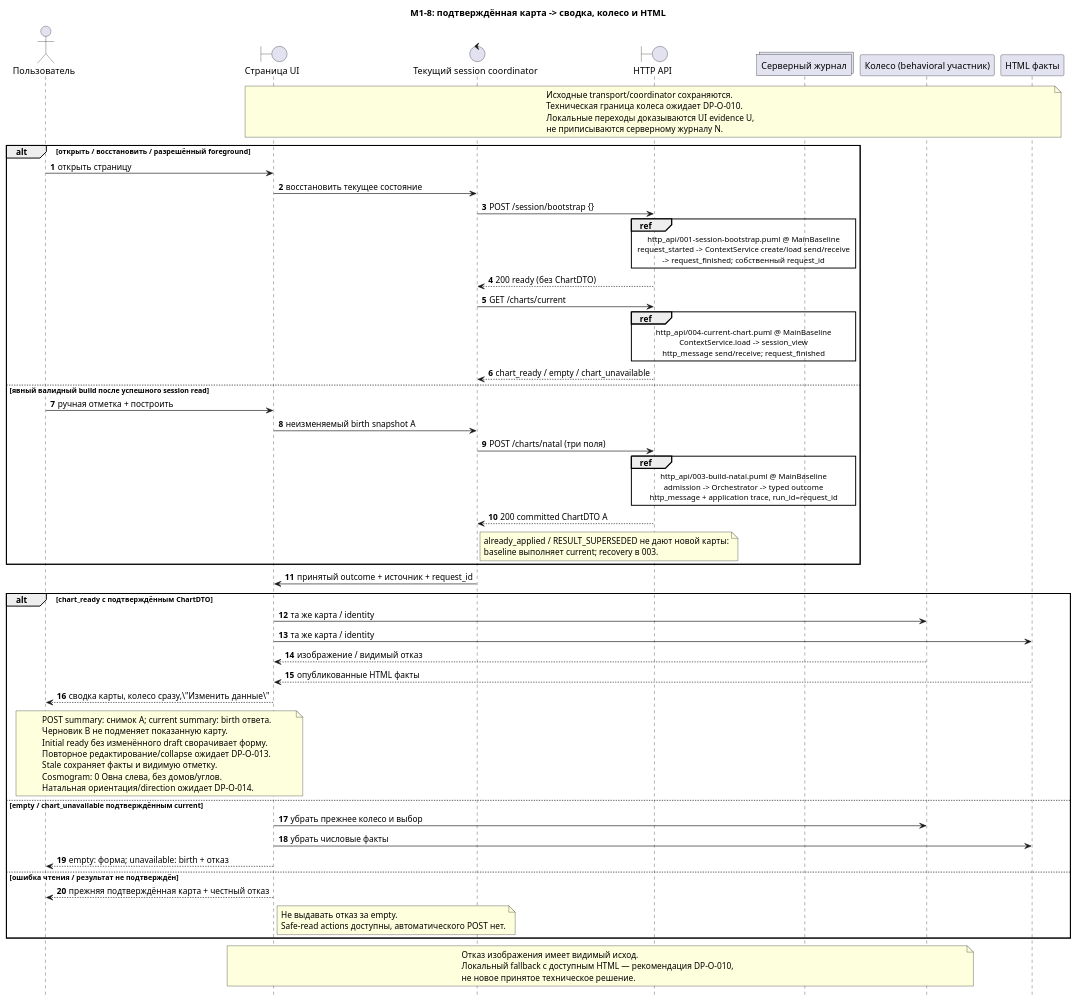
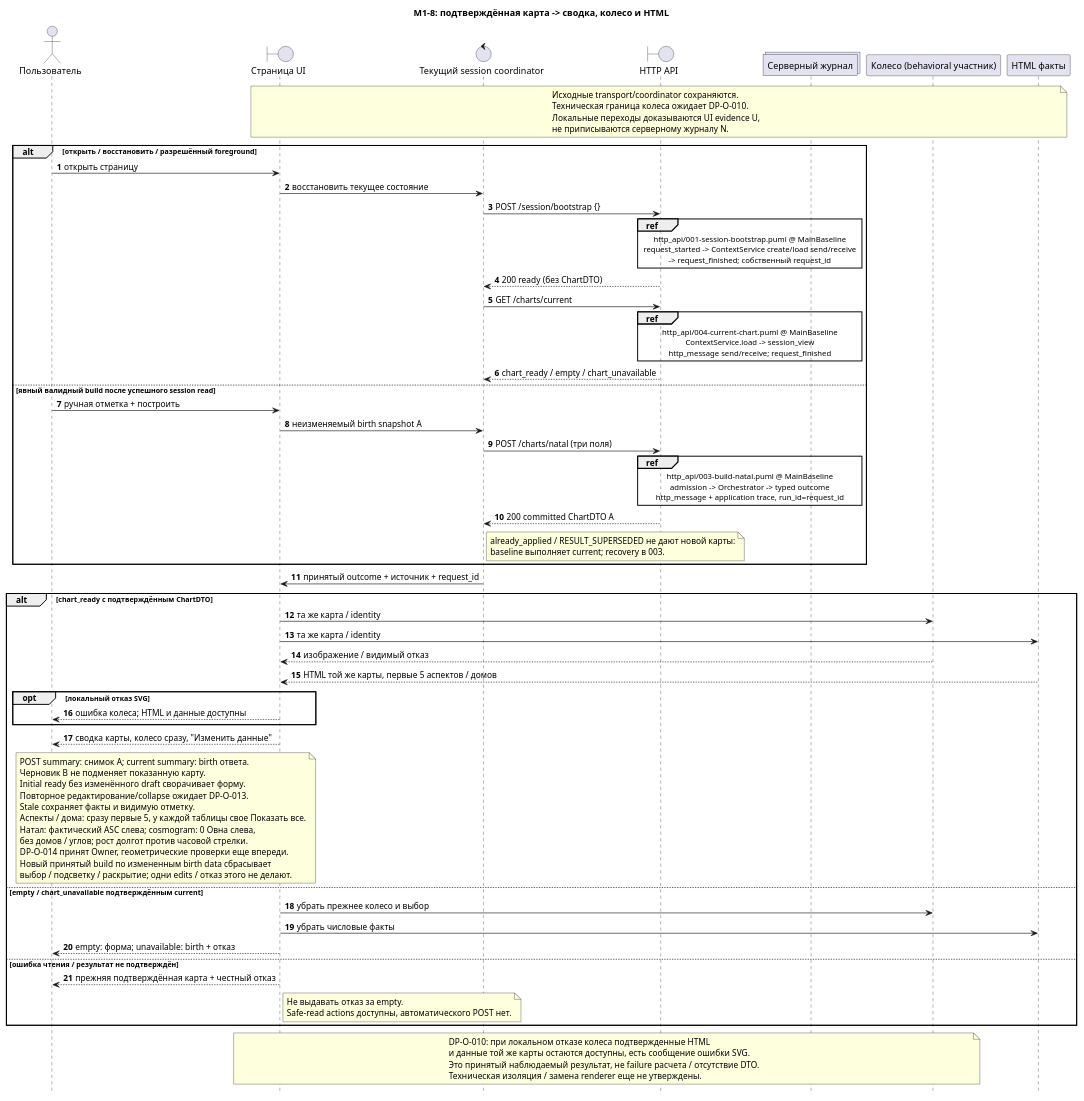
The diagram in docs/project_management/change_plans/ui-chart-wheel/analyst/sequence_diagrams/ui/001-chart-presentation.puml (ksenia-baranova/exact-orb-demo), drawn with PlantUML before and after one commit. The commit also changed 9 other files, not shown here.

```diff
--- a/docs/project_management/change_plans/ui-chart-wheel/analyst/sequence_diagrams/ui/001-chart-presentation.puml
+++ b/docs/project_management/change_plans/ui-chart-wheel/analyst/sequence_diagrams/ui/001-chart-presentation.puml
@@ -1,87 +1,95 @@
 @startuml
-' Owner: Functional Analyst. TASK-A-001; package v1.
-' InputSHA 5188b523089acc8081585e869c482ee0d343cfba
+' Owner: Functional Analyst. TASK-A-001; package v2; update 2026-10-15.
+' Update InputSHA 2b846077b317e33dd892565419942c4db8517b1e; v1 at 683bdd0
 ' REQ-WHEEL-01/02/03/08/09/11; REQ-UI-01/03/08/11
 ' AS-WHEEL-01/02/03/05/06/14/15/24/25
 ' Clean target: docs/sequence_diagrams/ui/001-chart-presentation.puml
 title M1-8: подтверждённая карта -> сводка, колесо и HTML
 autonumber
 hide footbox
 actor "Пользователь" as User
 boundary "Страница UI" as Page
 control "Текущий session coordinator" as Session
 boundary "HTTP API" as API
 collections "Серверный журнал" as Log
 participant "Колесо (behavioral участник)" as Wheel
 participant "HTML факты" as Facts
 note over Page, Facts
 Исходные transport/coordinator сохраняются.
 Техническая граница колеса ожидает DP-O-010.
 Локальные переходы доказываются UI evidence U,
 не приписываются серверному журналу N.
 end note
 alt открыть / восстановить / разрешённый foreground
   User -> Page : открыть страницу
   Page -> Session : восстановить текущее состояние
   Session -> API : POST /session/bootstrap {}
   ref over API, Log
     http_api/001-session-bootstrap.puml @ MainBaseline
     request_started -> ContextService create/load send/receive
     -> request_finished; собственный request_id
   end ref
   API --> Session : 200 ready (без ChartDTO)
   Session -> API : GET /charts/current
   ref over API, Log
     http_api/004-current-chart.puml @ MainBaseline
     ContextService.load -> session_view
     http_message send/receive; request_finished
   end ref
   API --> Session : chart_ready / empty / chart_unavailable
 else явный валидный build после успешного session read
   User -> Page : ручная отметка + построить
   Page -> Session : неизменяемый birth snapshot A
   Session -> API : POST /charts/natal (три поля)
   ref over API, Log
     http_api/003-build-natal.puml @ MainBaseline
     admission -> Orchestrator -> typed outcome
     http_message + application trace, run_id=request_id
   end ref
   API --> Session : 200 committed ChartDTO A
   note right of Session
   already_applied / RESULT_SUPERSEDED не дают новой карты:
   baseline выполняет current; recovery в 003.
   end note
 end
 Session -> Page : принятый outcome + источник + request_id
 alt chart_ready с подтверждённым ChartDTO
   Page -> Wheel : та же карта / identity
   Page -> Facts : та же карта / identity
   Wheel --> Page : изображение / видимый отказ
-  Facts --> Page : опубликованные HTML факты
-  Page --> User : сводка карты, колесо сразу,\"Изменить данные\"
+  Facts --> Page : HTML той же карты, первые 5 аспектов / домов
+  opt локальный отказ SVG
+    Page --> User : ошибка колеса; HTML и данные доступны
+  end
+  Page --> User : сводка карты, колесо сразу, "Изменить данные"
   note over Page, User
   POST summary: снимок A; current summary: birth ответа.
   Черновик B не подменяет показанную карту.
   Initial ready без изменённого draft сворачивает форму.
   Повторное редактирование/collapse ожидает DP-O-013.
   Stale сохраняет факты и видимую отметку.
-  Cosmogram: 0 Овна слева, без домов/углов.
-  Натальная ориентация/direction ожидает DP-O-014.
+  Аспекты / дома: сразу первые 5, у каждой таблицы свое Показать все.
+  Натал: фактический ASC слева; cosmogram: 0 Овна слева,
+  без домов / углов; рост долгот против часовой стрелки.
+  DP-O-014 принят Owner, геометрические проверки еще впереди.
+  Новый принятый build по измененным birth data сбрасывает
+  выбор / подсветку / раскрытие; одни edits / отказ этого не делают.
   end note
 else empty / chart_unavailable подтверждённым current
   Page -> Wheel : убрать прежнее колесо и выбор
   Page -> Facts : убрать числовые факты
   Page --> User : empty: форма; unavailable: birth + отказ
 else ошибка чтения / результат не подтверждён
   Page --> User : прежняя подтверждённая карта + честный отказ
   note right of Page
   Не выдавать отказ за empty.
   Safe-read actions доступны, автоматического POST нет.
   end note
 end
 note over Page, Wheel
-Отказ изображения имеет видимый исход.
-Локальный fallback с доступным HTML — рекомендация DP-O-010,
-не новое принятое техническое решение.
+DP-O-010: при локальном отказе колеса подтвержденные HTML
+и данные той же карты остаются доступны, есть сообщение ошибки SVG.
+Это принятый наблюдаемый результат, не failure расчета / отсутствие DTO.
+Техническая изоляция / замена renderer еще не утверждены.
 end note
 @enduml
```
